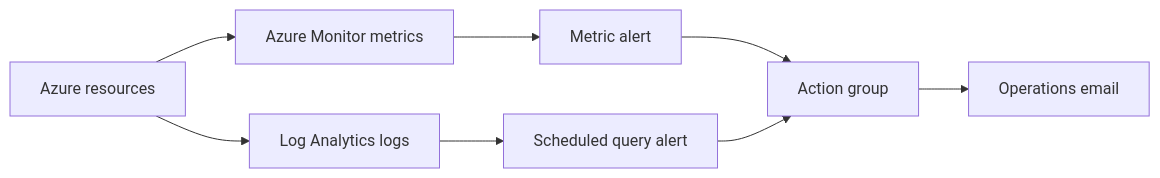
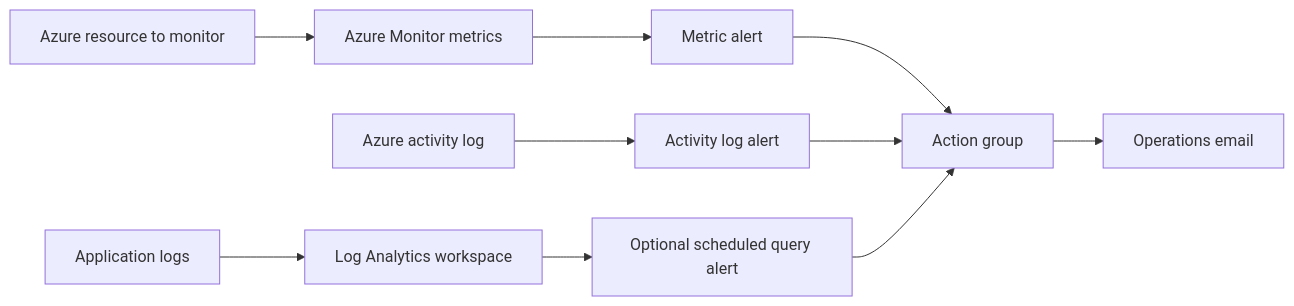
Before and after one commit to michaelakorede/azure-monitoring-alerting-automation: the diagram in README.md, drawn with Mermaid. The commit also changed other lines of this file and 14 other files, not shown here.

````diff
--- a/README.md
+++ b/README.md
@@ -15,10 +19,12 @@
 ```mermaid
 flowchart LR
-    Azure["Azure resources"] --> Metrics["Azure Monitor metrics"]
-    Azure --> Logs["Log Analytics logs"]
-    Metrics --> Alert["Metric alert"]
-    Logs --> Query["Scheduled query alert"]
-    Alert --> Action["Action group"]
-    Query --> Action
-    Action --> Email["Operations email"]
+    Target["Azure resource to monitor"] --> Metrics["Azure Monitor metrics"]
+    AzureActivity["Azure activity log"] --> ActivityAlert["Activity log alert"]
+    AppLogs["Application logs"] --> Workspace["Log Analytics workspace"]
+    Metrics --> MetricAlert["Metric alert"]
+    Workspace --> QueryAlert["Optional scheduled query alert"]
+    MetricAlert --> ActionGroup["Action group"]
+    ActivityAlert --> ActionGroup
+    QueryAlert --> ActionGroup
+    ActionGroup --> Email["Operations email"]
 ```
````
